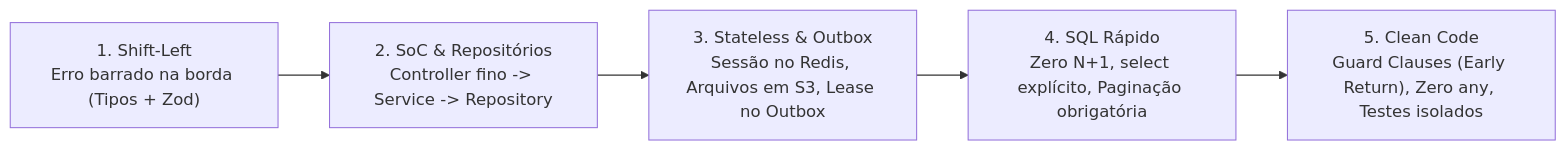
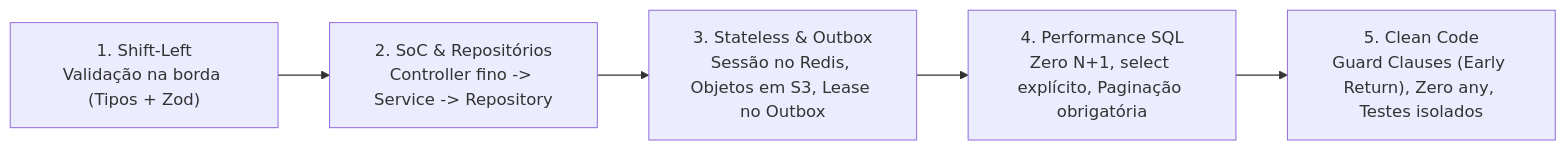
Before and after one commit to Digooow/pokedex-frontend: the diagram in docs/capitulo-01-guia-de-estudos/01-anatomia-do-repositorio-pastas-e-arquivos.md, drawn with Mermaid. The commit also changed other lines of this file and 5 other files, not shown here.

````diff
--- a/docs/capitulo-01-guia-de-estudos/01-anatomia-do-repositorio-pastas-e-arquivos.md
+++ b/docs/capitulo-01-guia-de-estudos/01-anatomia-do-repositorio-pastas-e-arquivos.md
@@ -57,7 +51,7 @@
 ```mermaid
 flowchart LR
-  Req["1. Shift-Left<br/>Erro barrado na borda (Tipos + Zod)"] --> SoC["2. SoC & Repositórios<br/>Controller fino -> Service -> Repository"]
-  SoC --> Stateless["3. Stateless & Outbox<br/>Sessão no Redis, Arquivos em S3, Lease no Outbox"]
-  Stateless --> SQL["4. SQL Rápido<br/>Zero N+1, select explícito, Paginação obrigatória"]
+  Req["1. Shift-Left<br/>Validação na borda (Tipos + Zod)"] --> SoC["2. SoC & Repositórios<br/>Controller fino -> Service -> Repository"]
+  SoC --> Stateless["3. Stateless & Outbox<br/>Sessão no Redis, Objetos em S3, Lease no Outbox"]
+  Stateless --> SQL["4. Performance SQL<br/>Zero N+1, select explícito, Paginação obrigatória"]
   SQL --> Clean["5. Clean Code<br/>Guard Clauses (Early Return), Zero any, Testes isolados"]
 ```
````
